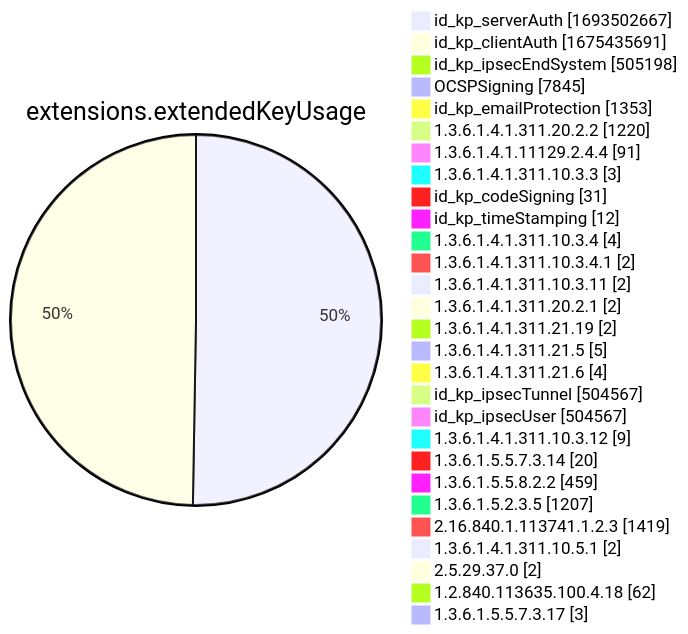
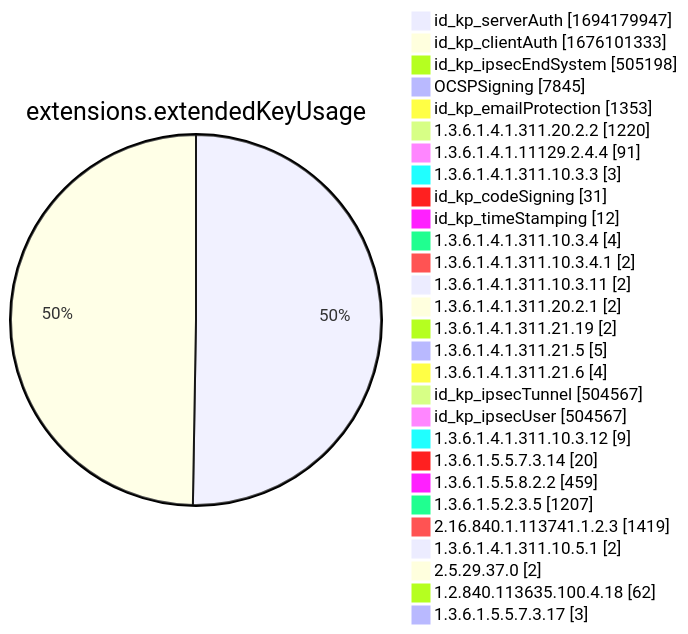
Diagram 12 of 15 in xenon2022/README.md (christiankrug/ctmonitor_visualization), drawn with Mermaid before and after one commit. The commit also changed other lines of this file, not shown here.

````diff
--- a/xenon2022/README.md
+++ b/xenon2022/README.md
@@ -3888,32 +3888,32 @@
 ```mermaid
 pie showData
 title extensions.extendedKeyUsage
-"id_kp_serverAuth" :1693502667
-"id_kp_clientAuth" :1675435691
+"id_kp_serverAuth" :1694179947
+"id_kp_clientAuth" :1676101333
 "id_kp_ipsecEndSystem" :505198
 "OCSPSigning" :7845
 "id_kp_emailProtection" :1353
 "1.3.6.1.4.1.311.20.2.2" :1220
 "1.3.6.1.4.1.11129.2.4.4" :91
 "1.3.6.1.4.1.311.10.3.3" :3
 "id_kp_codeSigning" :31
 "id_kp_timeStamping" :12
 "1.3.6.1.4.1.311.10.3.4" :4
 "1.3.6.1.4.1.311.10.3.4.1" :2
 "1.3.6.1.4.1.311.10.3.11" :2
 "1.3.6.1.4.1.311.20.2.1" :2
 "1.3.6.1.4.1.311.21.19" :2
 "1.3.6.1.4.1.311.21.5" :5
 "1.3.6.1.4.1.311.21.6" :4
 "id_kp_ipsecTunnel" :504567
 "id_kp_ipsecUser" :504567
 "1.3.6.1.4.1.311.10.3.12" :9
 "1.3.6.1.5.5.7.3.14" :20
 "1.3.6.1.5.5.8.2.2" :459
 "1.3.6.1.5.2.3.5" :1207
 "2.16.840.1.113741.1.2.3" :1419
 "1.3.6.1.4.1.311.10.5.1" :2
 "2.5.29.37.0" :2
 "1.2.840.113635.100.4.18" :62
 "1.3.6.1.5.5.7.3.17" :3
 ```
````
